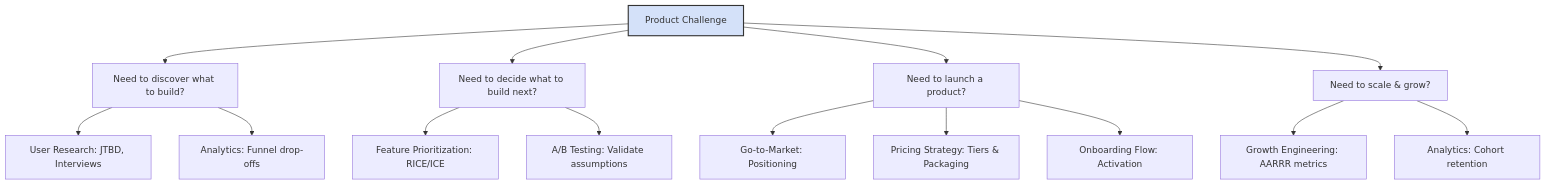
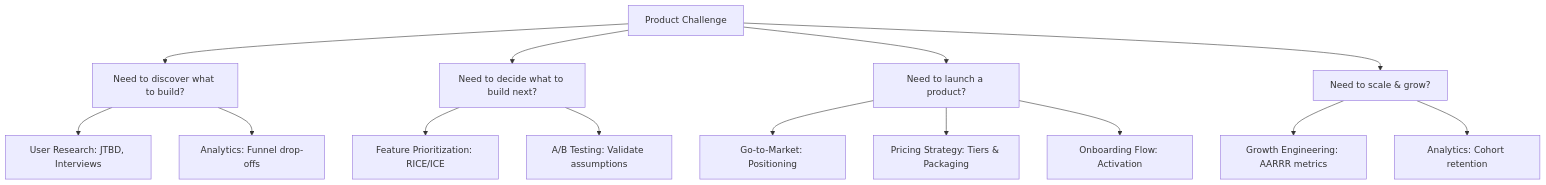
One commit to j4flmao/agent-skills changed the first of 2 diagrams in docs/business/product-guide.md. Above: the diagram before and after it, drawn with Mermaid. The commit also changed other lines of this file and 8 other files, not shown here.

Commit message:
style: Strip hardcoded Mermaid styles for Dark Mode compatibility

````diff
--- a/docs/business/product-guide.md
+++ b/docs/business/product-guide.md
@@ -34,22 +34,21 @@
 ```mermaid
 graph TD
     Start[Product Challenge] --> Disc[Need to discover what to build?]
     Start --> Prior[Need to decide what to build next?]
     Start --> Launch[Need to launch a product?]
     Start --> Grow[Need to scale & grow?]
 
     Disc --> UR[User Research: JTBD, Interviews]
     Disc --> Ana[Analytics: Funnel drop-offs]
 
     Prior --> FP[Feature Prioritization: RICE/ICE]
     Prior --> AB[A/B Testing: Validate assumptions]
 
     Launch --> GTM[Go-to-Market: Positioning]
     Launch --> Price[Pricing Strategy: Tiers & Packaging]
     Launch --> Onb[Onboarding Flow: Activation]
 
     Grow --> GE[Growth Engineering: AARRR metrics]
     Grow --> Ana2[Analytics: Cohort retention]
 
-    style Start fill:#d4e1f9,stroke:#333,stroke-width:2px
 ```
````
